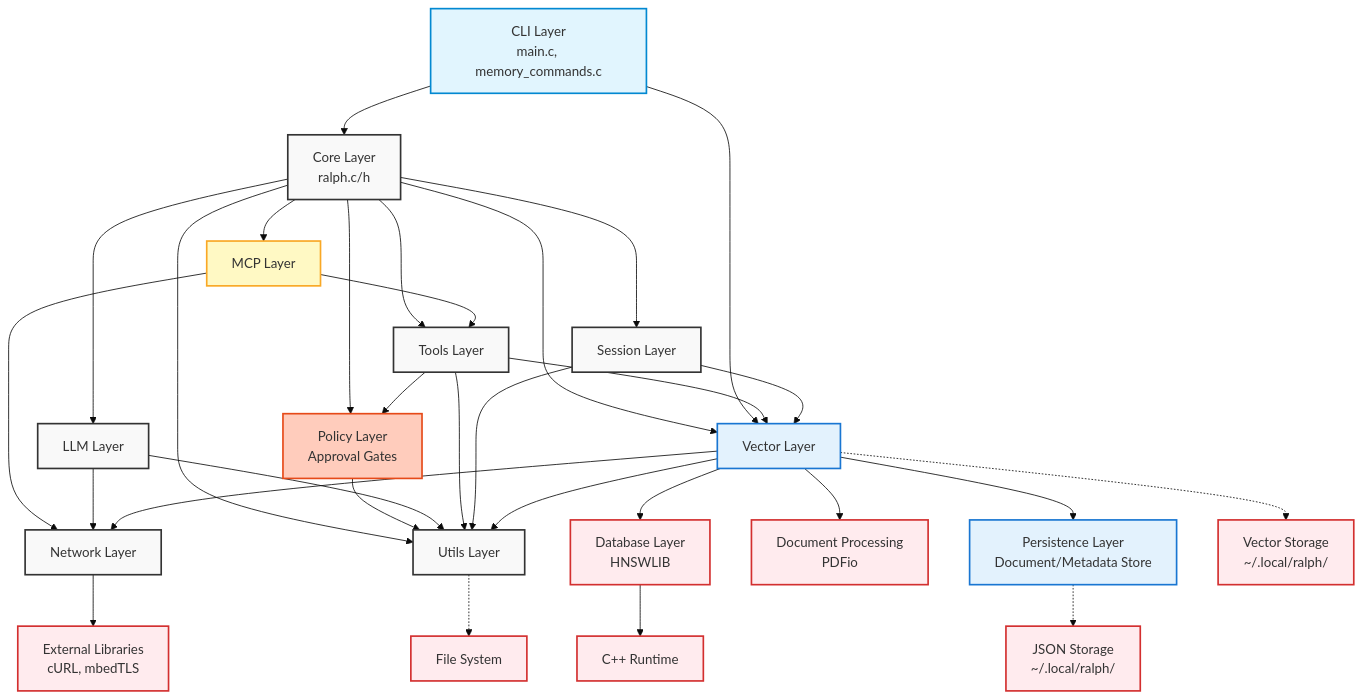
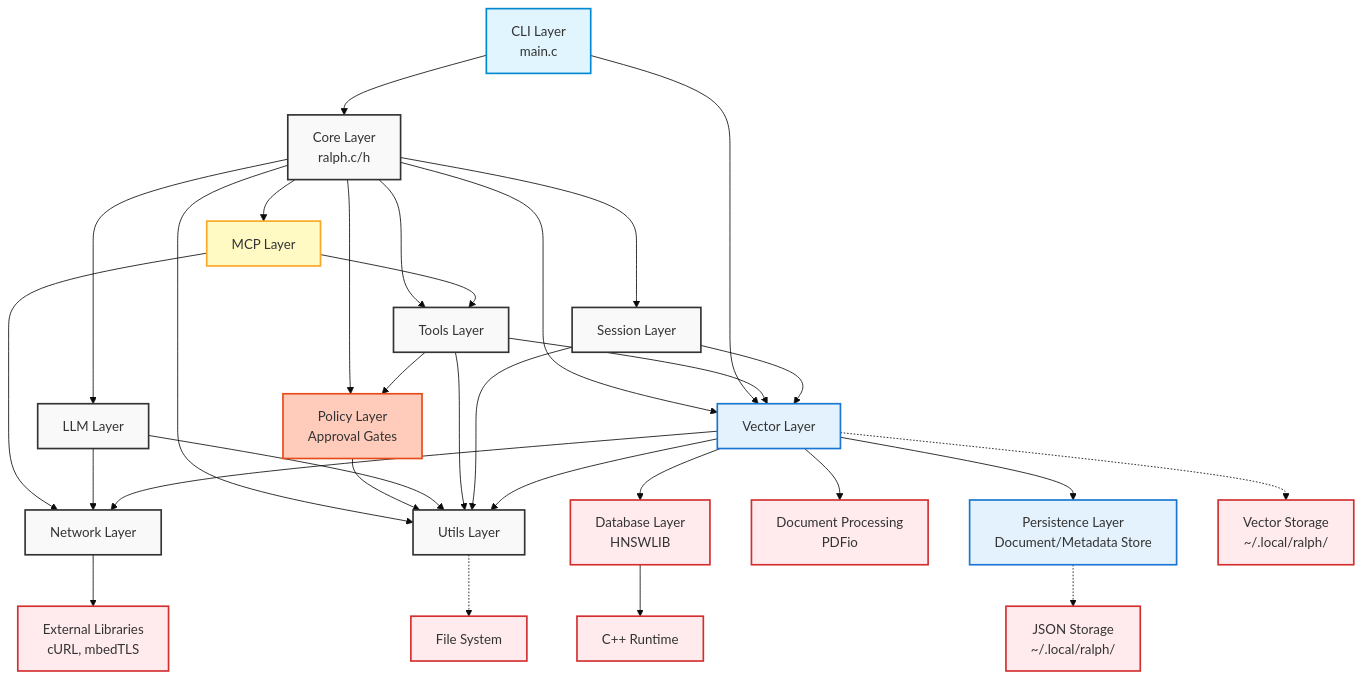
The sixth of 16 diagrams in ARCHITECTURE.md (tgittos/scaffold), drawn with Mermaid (base theme) before and after one commit. The commit also changed other lines of this file and 10 other files, not shown here.

First line of the commit message:
refactor: Migrate memory_commands to lib/ui/

````diff
--- a/ARCHITECTURE.md
+++ b/ARCHITECTURE.md
@@ -281,55 +281,55 @@
 ```mermaid
 graph TB
     Core[Core Layer<br/>ralph.c/h] --> LLM[LLM Layer]
     Core --> Tools[Tools Layer]
     Core --> Session[Session Layer]
     Core --> Utils[Utils Layer]
     Core --> Vector[Vector Layer]
     Core --> MCP[MCP Layer]
     Core --> Policy[Policy Layer<br/>Approval Gates]
 
     Tools --> Policy
     Policy --> Utils
 
-    CLI[CLI Layer<br/>main.c, memory_commands.c] --> Core
+    CLI[CLI Layer<br/>main.c] --> Core
     CLI --> Vector
 
     MCP --> Network[Network Layer]
     MCP --> Tools
 
     LLM --> Network
     LLM --> Utils
 
     Tools --> Utils
     Tools --> Vector
 
     Session --> Utils
     Session --> Vector
 
     Vector --> Network
     Vector --> Utils
     Vector --> Database[Database Layer<br/>HNSWLIB]
     Vector --> Document[Document Processing<br/>PDFio]
     Vector --> Persistence[Persistence Layer<br/>Document/Metadata Store]
 
     Network --> External[External Libraries<br/>cURL, mbedTLS]
     Database --> CPPRuntime[C++ Runtime]
 
     Utils -.-> FileSystem[File System]
     Persistence -.-> JSONStorage[JSON Storage<br/>~/.local/ralph/]
     Vector -.-> VectorStorage[Vector Storage<br/>~/.local/ralph/]
 
     classDef layer fill:#f9f9f9,stroke:#333,stroke-width:2px
     classDef vectorLayer fill:#e3f2fd,stroke:#1976d2,stroke-width:2px
     classDef external fill:#ffebee,stroke:#d32f2f,stroke-width:2px
     classDef mcpLayer fill:#fff9c4,stroke:#f9a825,stroke-width:2px
     classDef cliLayer fill:#e1f5fe,stroke:#0288d1,stroke-width:2px
     classDef policyLayer fill:#ffccbc,stroke:#e64a19,stroke-width:2px
 
     class Core,LLM,Tools,Session,Utils,Network layer
     class Policy policyLayer
     class Vector,Persistence vectorLayer
     class External,FileSystem,Database,Document,CPPRuntime,VectorStorage,JSONStorage external
     class MCP mcpLayer
     class CLI cliLayer
 ```
````
